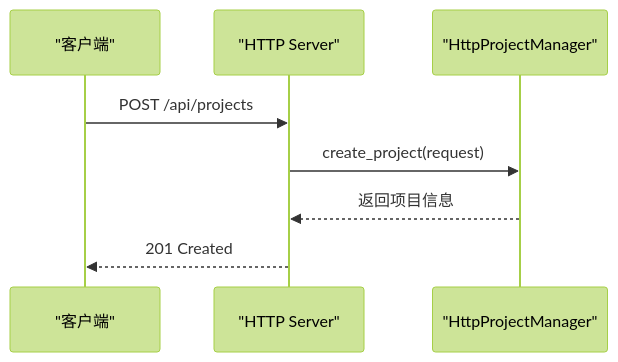
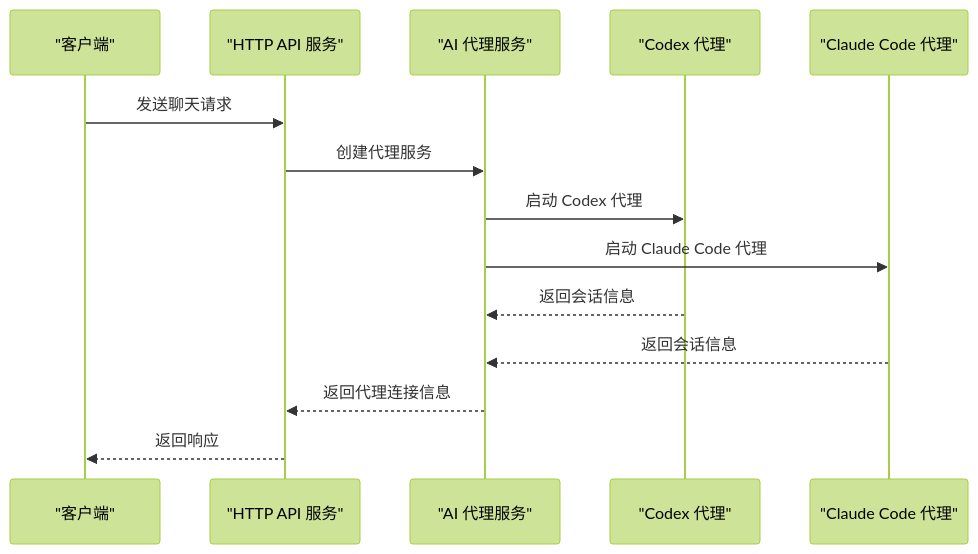
Before and after one commit to nuwax-ai/rcoder: the fourth of 6 diagrams in .qoder/repowiki/zh/content/项目概述.md, drawn with Mermaid (forest theme). The commit also changed other lines of this file and 219 other files, not shown here.

````diff
--- a/.qoder/repowiki/zh/content/项目概述.md
+++ b/.qoder/repowiki/zh/content/项目概述.md
@@ -119,10 +112,16 @@
 ```mermaid
 sequenceDiagram
 participant Client as "客户端"
-participant Server as "HTTP Server"
-participant Manager as "HttpProjectManager"
-Client->>Server : POST /api/projects
-Server->>Manager : create_project(request)
-Manager-->>Server : 返回项目信息
-Server-->>Client : 201 Created
+participant API as "HTTP API 服务"
+participant Agent as "AI 代理服务"
+participant Codex as "Codex 代理"
+participant Claude as "Claude Code 代理"
+Client->>API : 发送聊天请求
+API->>Agent : 创建代理服务
+Agent->>Codex : 启动 Codex 代理
+Agent->>Claude : 启动 Claude Code 代理
+Codex-->>Agent : 返回会话信息
+Claude-->>Agent : 返回会话信息
+Agent-->>API : 返回代理连接信息
+API-->>Client : 返回响应
 ```
````
